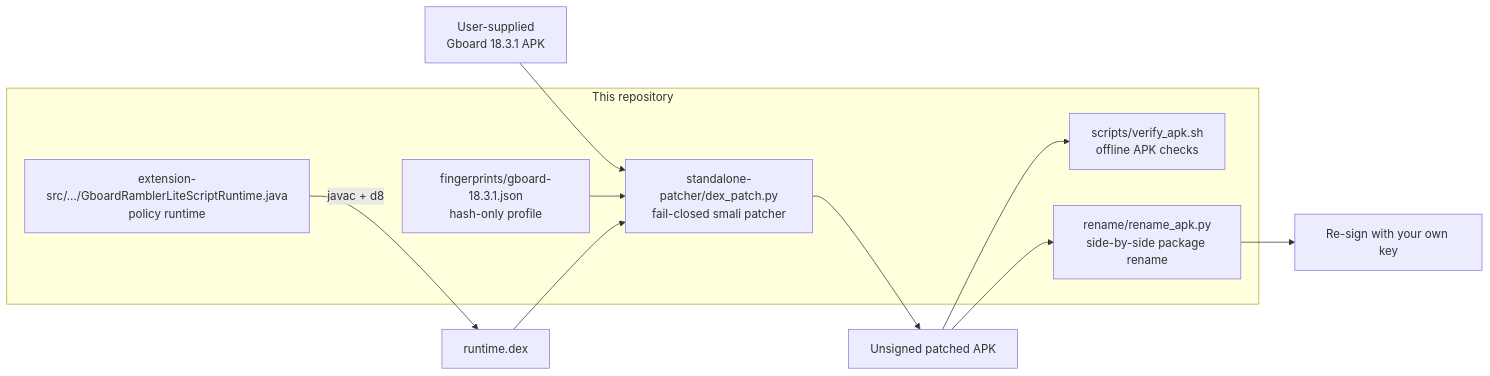
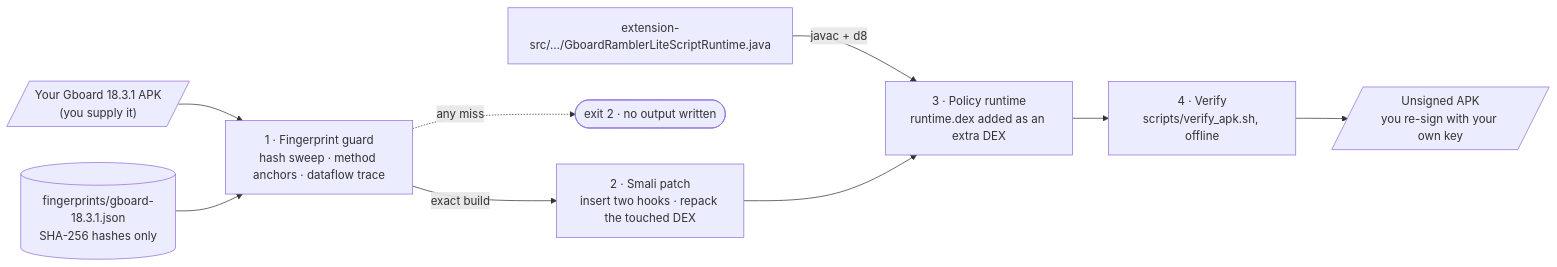
The diagram in README.md (muhib-karim/Rambler-Bangla), drawn with Mermaid before and after one commit. The commit also changed other lines of this file and 1 other file, not shown here.

````diff
--- a/README.md
+++ b/README.md
@@ -78,17 +63,12 @@
 ```mermaid
 flowchart LR
-    subgraph Repo["This repository"]
-        PROF[fingerprints/gboard-18.3.1.json<br/>hash-only profile]
-        PATCH[standalone-patcher/dex_patch.py<br/>fail-closed smali patcher]
-        RT[extension-src/…/GboardRamblerLiteScriptRuntime.java<br/>policy runtime]
-        VER[scripts/verify_apk.sh<br/>offline APK checks]
-        REN[rename/rename_apk.py<br/>side-by-side package rename]
-    end
-    USER[User-supplied<br/>Gboard 18.3.1 APK] --> PATCH
-    PROF --> PATCH
-    RT -- javac + d8 --> DEX[runtime.dex]
-    DEX --> PATCH
-    PATCH --> OUT[Unsigned patched APK]
-    OUT --> REN --> SIGN[Re-sign with your own key]
-    OUT --> VER
+    APK[/"Your Gboard 18.3.1 APK<br/>(you supply it)"/] --> G
+    PROF[("fingerprints/gboard-18.3.1.json<br/>SHA-256 hashes only")] --> G
+    G["1 · Fingerprint guard<br/>hash sweep · method anchors · dataflow trace"]
+    G -->|exact build| P["2 · Smali patch<br/>insert two hooks · repack the touched DEX"]
+    G -. any miss .-> STOP(["exit 2 · no output written"])
+    JAVA["extension-src/…/GboardRamblerLiteScriptRuntime.java"] -->|javac + d8| R
+    P --> R["3 · Policy runtime<br/>runtime.dex added as an extra DEX"]
+    R --> V["4 · Verify<br/>scripts/verify_apk.sh, offline"]
+    V --> OUT[/"Unsigned APK<br/>you re-sign with your own key"/]
 ```
````
